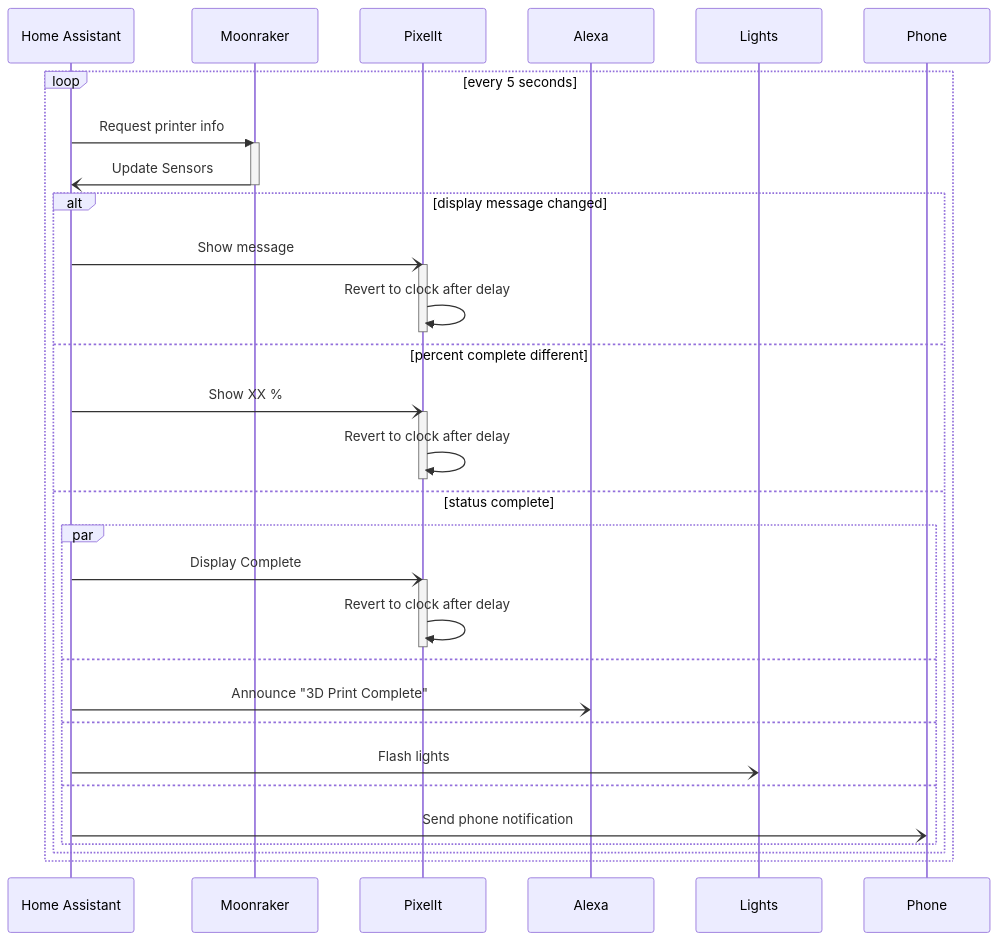
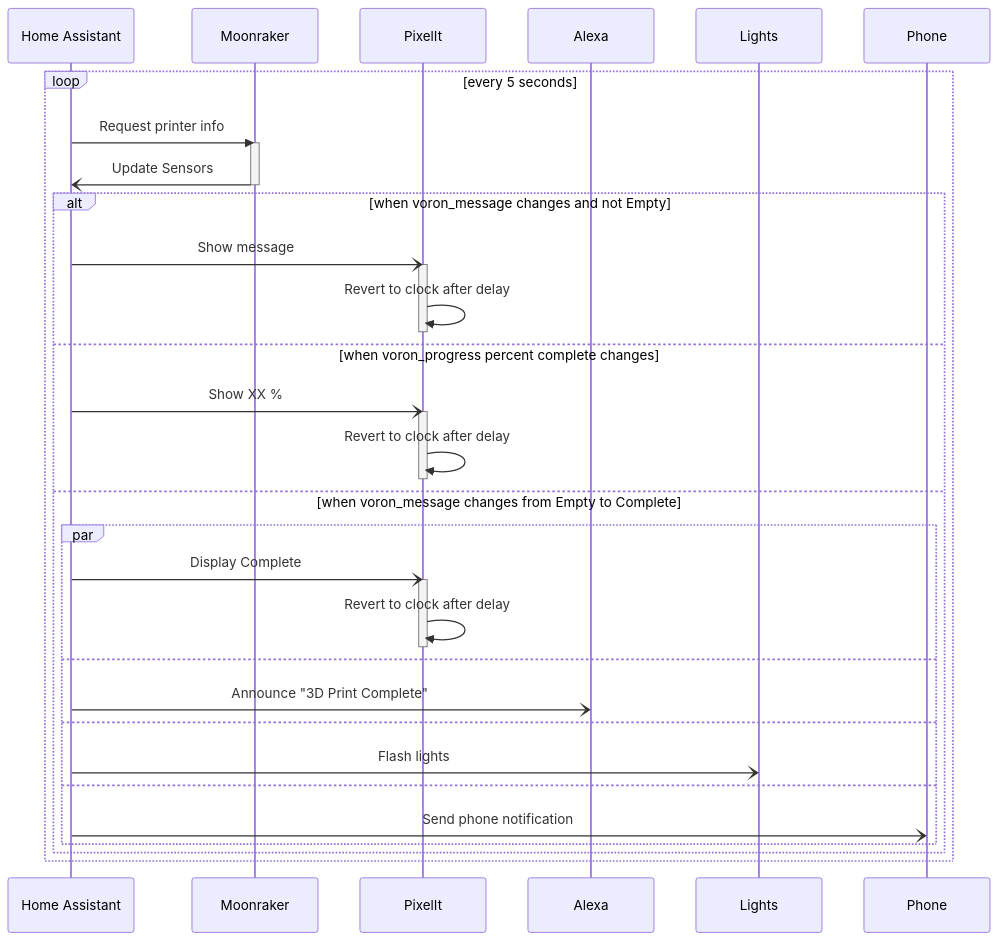
The diagram in docs/projects/pixelit.md (richardjm/richardjm.github.io), drawn with Mermaid before and after one commit. The commit also changed 1 other file, not shown here.

Commit message:
Typos and rewording

````diff
--- a/docs/projects/pixelit.md
+++ b/docs/projects/pixelit.md
@@ -14,39 +14,39 @@
 ```mermaid
 sequenceDiagram
     participant HA as Home Assistant
     participant M as Moonraker
     participant P as PixelIt
     participant A as Alexa
     participant C as Lights
     participant Ph as Phone
     loop  every 5 seconds
         HA ->> M: Request printer info
         activate M
         M -) HA: Update Sensors
         deactivate M
-        alt display message changed
+        alt when voron_message changes and not Empty
             HA -) P: Show message
             activate P
             P ->> P: Revert to clock after delay
             deactivate P 
-        else percent complete different
+        else when voron_progress percent complete changes
             HA -) P: Show XX %
             activate P
             P ->> P: Revert to clock after delay
             deactivate P 
-        else status complete
+        else when voron_message changes from Empty to Complete
             par
                 HA -) P: Display Complete
                 activate P
                 P ->> P: Revert to clock after delay
                 deactivate P 
             and
                 HA -) A: Announce "3D Print Complete"
             and
                 HA -) C: Flash lights
             and
                 HA -) Ph: Send phone notification
             end 
         end
     end
 ```
````
